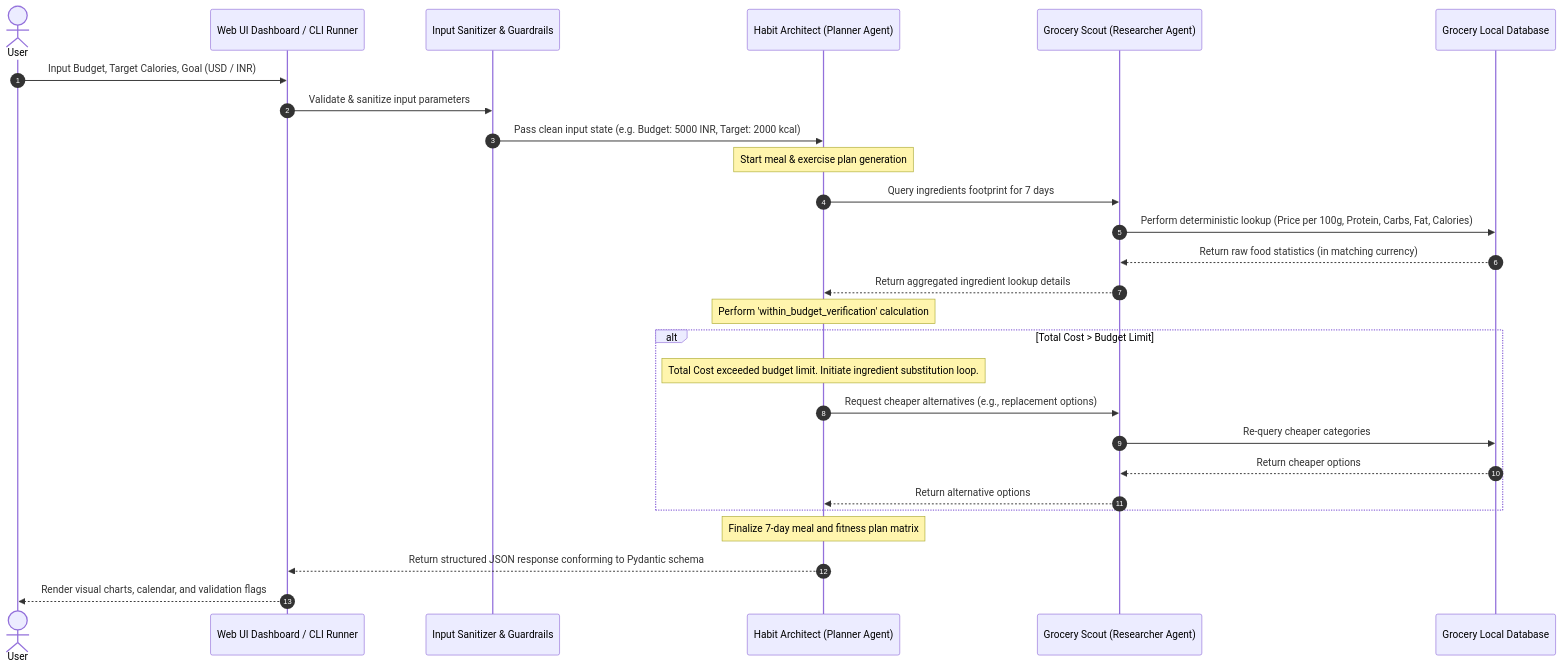
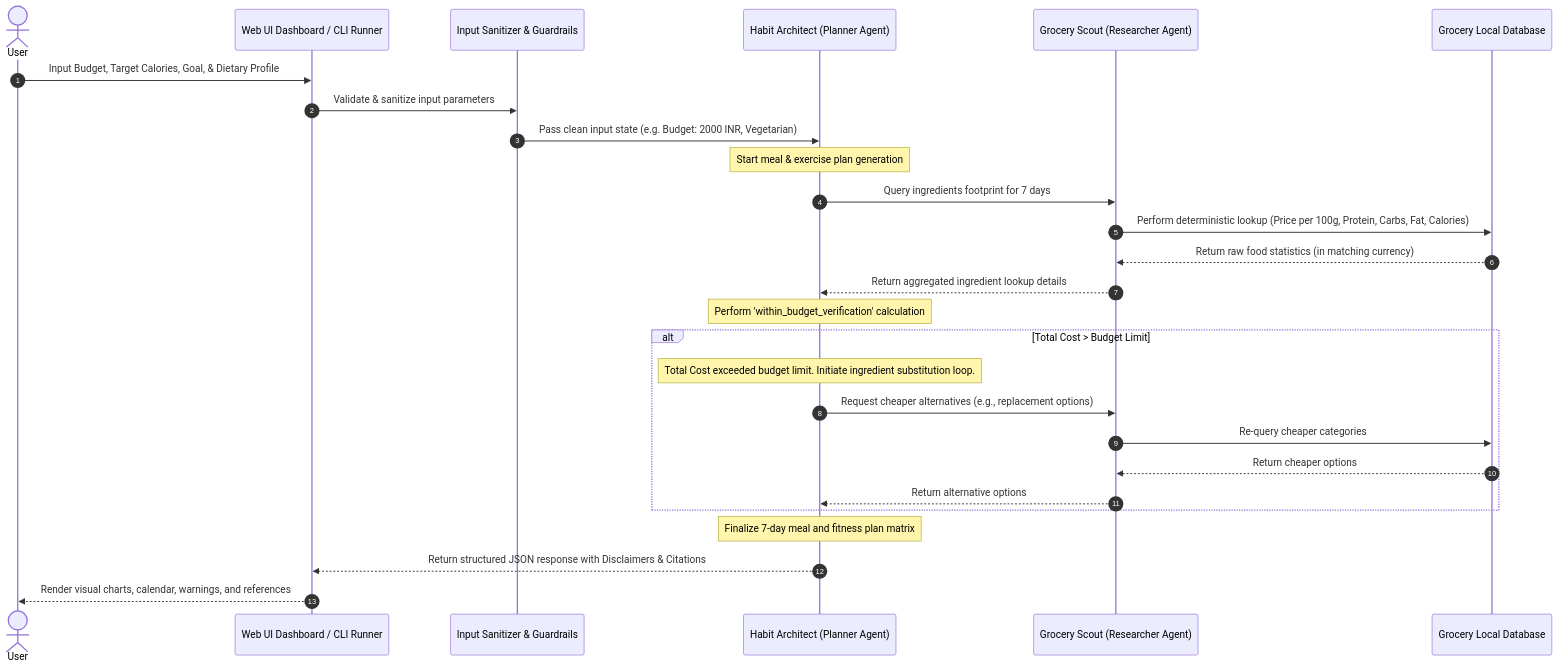
One commit to spravi/CaloSpend changed the second of 2 diagrams in README.md. Above: the diagram before and after it, drawn with Mermaid. The commit also changed other lines of this file, not shown here.

Commit message:
update solution architecture and sequence diagrams to reflect v2 changes

````diff
--- a/README.md
+++ b/README.md
@@ -35,30 +35,30 @@
 ```mermaid
 sequenceDiagram
     autonumber
     actor User
     participant App as Web UI Dashboard / CLI Runner
     participant Safety as Input Sanitizer & Guardrails
     participant Planner as Habit Architect (Planner Agent)
     participant Scout as Grocery Scout (Researcher Agent)
     participant DB as Grocery Local Database
     
-    User->>App: Input Budget, Target Calories, Goal (USD / INR)
+    User->>App: Input Budget, Target Calories, Goal, & Dietary Profile
     App->>Safety: Validate & sanitize input parameters
-    Safety->>Planner: Pass clean input state (e.g. Budget: 5000 INR, Target: 2000 kcal)
+    Safety->>Planner: Pass clean input state (e.g. Budget: 2000 INR, Vegetarian)
     Note over Planner: Start meal & exercise plan generation
     Planner->>Scout: Query ingredients footprint for 7 days
     Scout->>DB: Perform deterministic lookup (Price per 100g, Protein, Carbs, Fat, Calories)
     DB-->>Scout: Return raw food statistics (in matching currency)
     Scout-->>Planner: Return aggregated ingredient lookup details
     Note over Planner: Perform 'within_budget_verification' calculation
     alt Total Cost > Budget Limit
         Note over Planner: Total Cost exceeded budget limit. Initiate ingredient substitution loop.
         Planner->>Scout: Request cheaper alternatives (e.g., replacement options)
         Scout->>DB: Re-query cheaper categories
         DB-->>Scout: Return cheaper options
         Scout-->>Planner: Return alternative options
     end
     Note over Planner: Finalize 7-day meal and fitness plan matrix
-    Planner-->>App: Return structured JSON response conforming to Pydantic schema
-    App-->>User: Render visual charts, calendar, and validation flags
+    Planner-->>App: Return structured JSON response with Disclaimers & Citations
+    App-->>User: Render visual charts, calendar, warnings, and references
 ```
````
